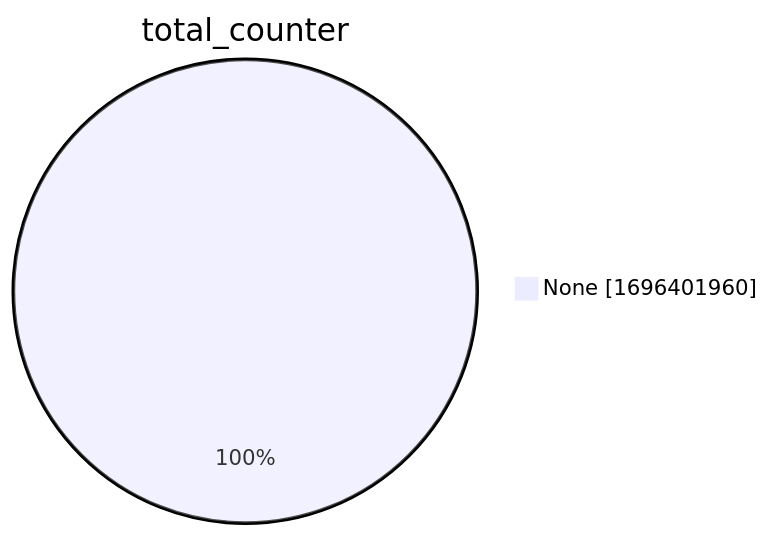
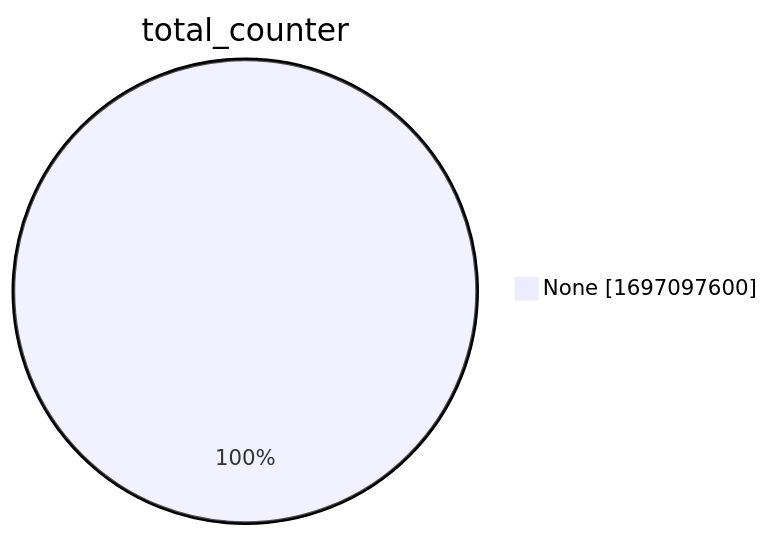
The second of 15 diagrams in xenon2022/README.md (christiankrug/ctmonitor_visualization), drawn with Mermaid before and after one commit. The commit also changed other lines of this file, not shown here.

````diff
--- a/xenon2022/README.md
+++ b/xenon2022/README.md
@@ -9,5 +9,5 @@
 ```mermaid
 pie showData
 title total_counter
-"None" :1696401960
+"None" :1697097600
 ```
````
